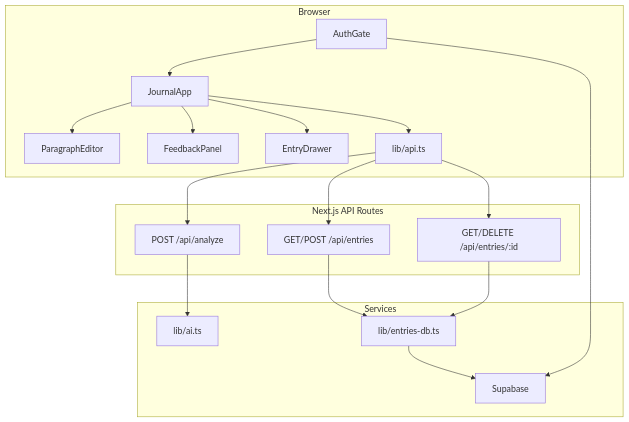
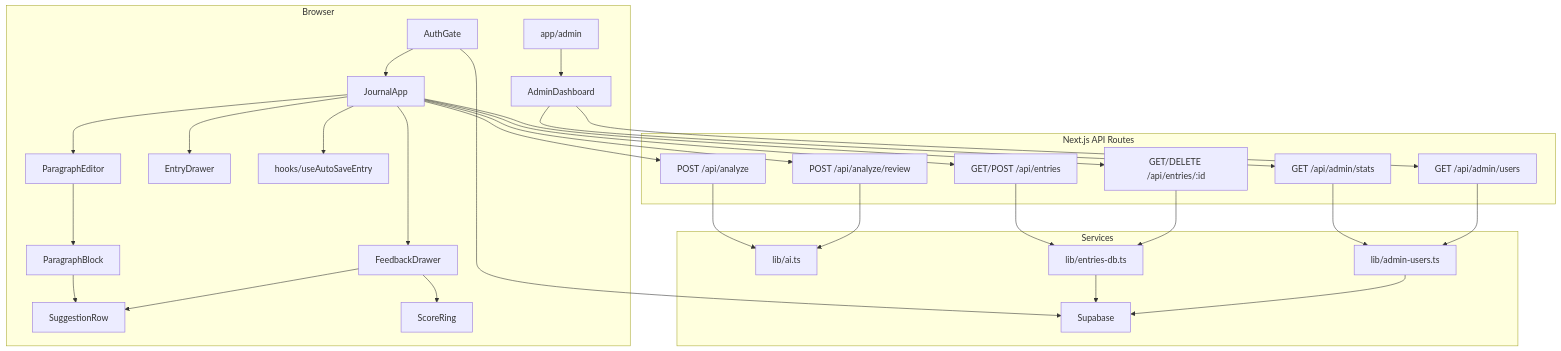
One commit to sea2709/learn-english-journaling changed the diagram in AGENTS.md. Above: the diagram before and after it, drawn with Mermaid. The commit also changed other lines of this file and 6 other files, not shown here.

First line of the commit message:
Remove legacy feedback panel components and sync docs with current UI.

````diff
--- a/AGENTS.md
+++ b/AGENTS.md
@@ -61,31 +73,47 @@
 ```mermaid
 flowchart TB
   subgraph client [Browser]
     AuthGate --> JournalApp
     JournalApp --> ParagraphEditor
-    JournalApp --> FeedbackPanel
     JournalApp --> EntryDrawer
-    JournalApp --> api_lib["lib/api.ts"]
+    JournalApp --> FeedbackDrawer
+    JournalApp --> useAutoSave["hooks/useAutoSaveEntry"]
+    ParagraphEditor --> ParagraphBlock
+    ParagraphBlock --> SuggestionRow
+    FeedbackDrawer --> ScoreRing
+    FeedbackDrawer --> SuggestionRow
+    AdminPage["app/admin"] --> AdminDashboard
   end
 
   subgraph next [Next.js API Routes]
     analyze["POST /api/analyze"]
+    review["POST /api/analyze/review"]
     entries["GET/POST /api/entries"]
     entryId["GET/DELETE /api/entries/:id"]
+    adminStats["GET /api/admin/stats"]
+    adminUsers["GET /api/admin/users"]
   end
 
   subgraph services [Services]
     ai["lib/ai.ts"]
     db["lib/entries-db.ts"]
+    adminDb["lib/admin-users.ts"]
     supa["Supabase"]
   end
 
-  api_lib --> analyze
-  api_lib --> entries
-  api_lib --> entryId
+  JournalApp --> analyze
+  JournalApp --> review
+  JournalApp --> entries
+  JournalApp --> entryId
+  AdminDashboard --> adminStats
+  AdminDashboard --> adminUsers
   analyze --> ai
+  review --> ai
   entries --> db
   entryId --> db
+  adminStats --> adminDb
+  adminUsers --> adminDb
   db --> supa
+  adminDb --> supa
   AuthGate --> supa
 ```
````
